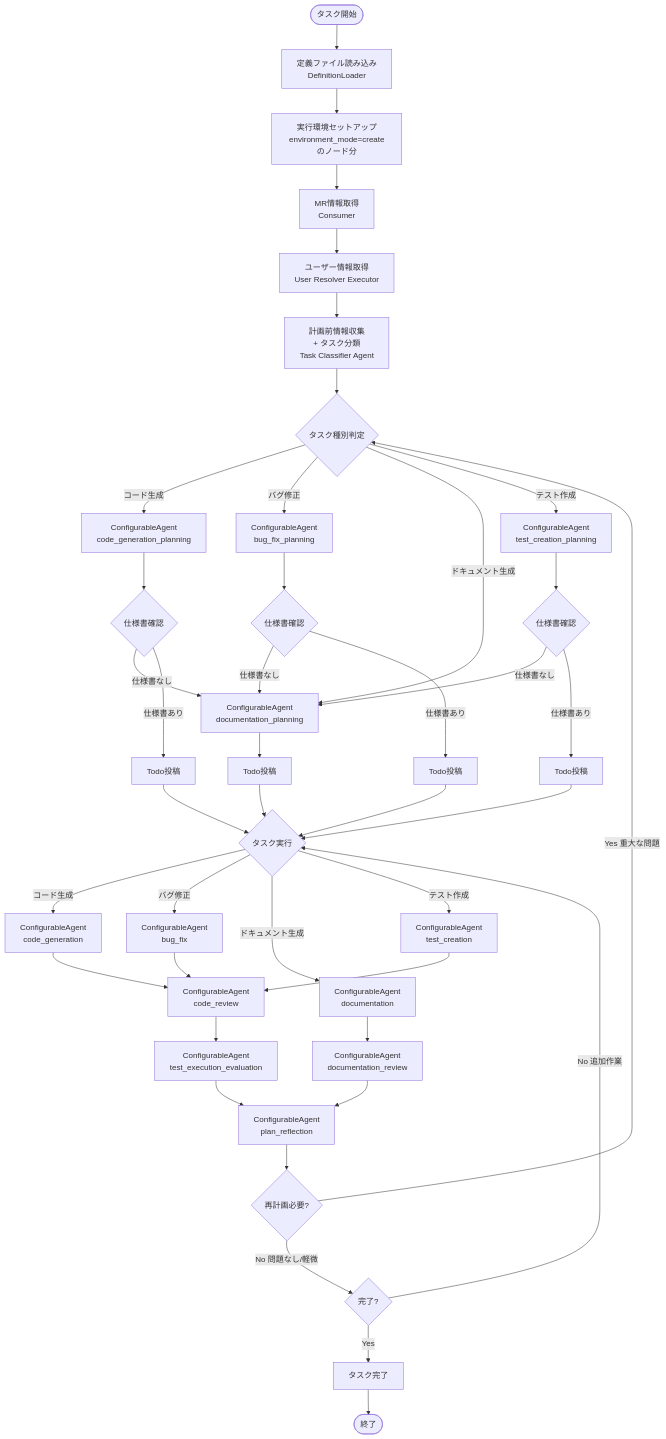
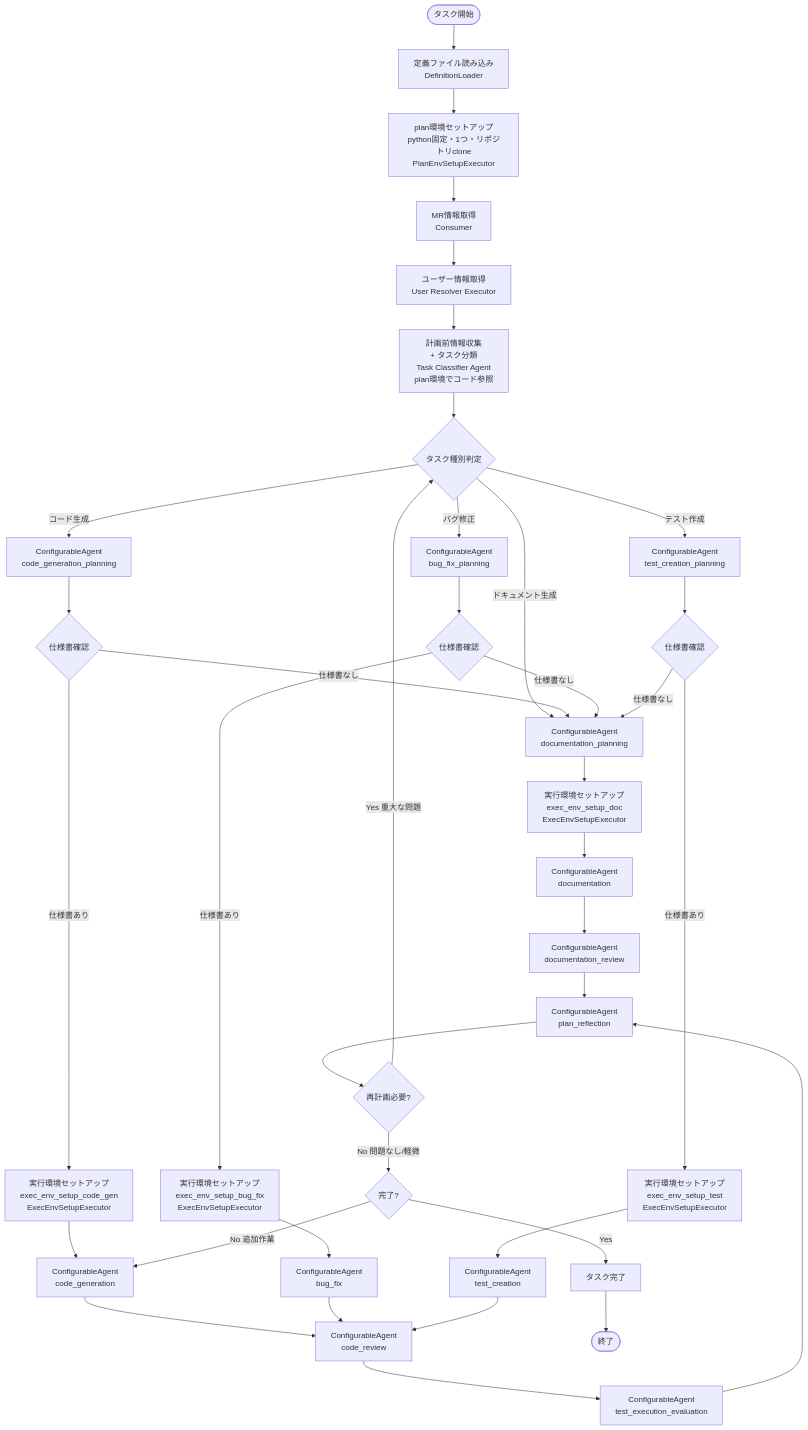
One commit to notfolder/AutomataCodex changed the first of 7 diagrams in docs/STANDARD_MR_PROCESSING_FLOW.md. Above: the diagram before and after it, drawn with Mermaid. The commit also changed other lines of this file and 6 other files, not shown here.

First line of the commit message:
Refactor MR processing flow and environment setup

````diff
--- a/docs/STANDARD_MR_PROCESSING_FLOW.md
+++ b/docs/STANDARD_MR_PROCESSING_FLOW.md
@@ -89,58 +89,51 @@
 ```mermaid
 flowchart TD
     Start([タスク開始]) --> LoadDef[定義ファイル読み込み<br/>DefinitionLoader]
-    LoadDef --> SetupEnv[実行環境セットアップ<br/>environment_mode=createのノード分]
-    SetupEnv --> Fetch[MR情報取得<br/>Consumer]
+    LoadDef --> PlanEnvSetup[plan環境セットアップ<br/>python固定・1つ・リポジトリclone<br/>PlanEnvSetupExecutor]
+    PlanEnvSetup --> Fetch[MR情報取得<br/>Consumer]
     Fetch --> UserResolve[ユーザー情報取得<br/>User Resolver Executor]
-    UserResolve --> PrePlanning[計画前情報収集<br/>+ タスク分類<br/>Task Classifier Agent]
-    
+    UserResolve --> PrePlanning[計画前情報収集<br/>+ タスク分類<br/>Task Classifier Agent<br/>plan環境でコード参照]
     PrePlanning --> TaskType{タスク種別判定}
     
     TaskType -->|コード生成| CodeGenPlanning[ConfigurableAgent<br/>code_generation_planning]
     TaskType -->|バグ修正| BugFixPlanning[ConfigurableAgent<br/>bug_fix_planning]
     TaskType -->|ドキュメント生成| DocPlanning[ConfigurableAgent<br/>documentation_planning]
     TaskType -->|テスト作成| TestPlanning[ConfigurableAgent<br/>test_creation_planning]
     
     CodeGenPlanning --> CodeGenSpec{仕様書確認}
     CodeGenSpec -->|仕様書なし| DocPlanning
-    CodeGenSpec -->|仕様書あり| CodeGenTodo[Todo投稿]
+    CodeGenSpec -->|仕様書あり| CodeGenExecEnv[実行環境セットアップ<br/>exec_env_setup_code_gen<br/>ExecEnvSetupExecutor]
     
     BugFixPlanning --> BugFixSpec{仕様書確認}
     BugFixSpec -->|仕様書なし| DocPlanning
-    BugFixSpec -->|仕様書あり| BugFixTodo[Todo投稿]
+    BugFixSpec -->|仕様書あり| BugFixExecEnv[実行環境セットアップ<br/>exec_env_setup_bug_fix<br/>ExecEnvSetupExecutor]
     
     TestPlanning --> TestSpec{仕様書確認}
     TestSpec -->|仕様書なし| DocPlanning
-    TestSpec -->|仕様書あり| TestTodo[Todo投稿]
+    TestSpec -->|仕様書あり| TestExecEnv[実行環境セットアップ<br/>exec_env_setup_test<br/>ExecEnvSetupExecutor]
     
-    DocPlanning --> DocTodo[Todo投稿]
+    DocPlanning --> DocExecEnv[実行環境セットアップ<br/>exec_env_setup_doc<br/>ExecEnvSetupExecutor]
     
-    CodeGenTodo --> Execute
-    BugFixTodo --> Execute
-    TestTodo --> Execute
-    DocTodo --> Execute
-    
-    Execute{タスク実行}
-    Execute -->|コード生成| CodeGen[ConfigurableAgent<br/>code_generation]
-    Execute -->|バグ修正| BugFix[ConfigurableAgent<br/>bug_fix]
-    Execute -->|ドキュメント生成| DocGen[ConfigurableAgent<br/>documentation]
-    Execute -->|テスト作成| TestGen[ConfigurableAgent<br/>test_creation]
+    CodeGenExecEnv --> CodeGen[ConfigurableAgent<br/>code_generation]
+    BugFixExecEnv --> BugFix[ConfigurableAgent<br/>bug_fix]
+    TestExecEnv --> TestGen[ConfigurableAgent<br/>test_creation]
+    DocExecEnv --> DocGen[ConfigurableAgent<br/>documentation]
     
     CodeGen --> CodeReview[ConfigurableAgent<br/>code_review]
     BugFix --> CodeReview
     TestGen --> CodeReview
     DocGen --> DocReview[ConfigurableAgent<br/>documentation_review]
     
     CodeReview --> TestExec[ConfigurableAgent<br/>test_execution_evaluation]
     TestExec --> Reflection[ConfigurableAgent<br/>plan_reflection]
     DocReview --> Reflection
     
     Reflection --> ReplanCheck{再計画必要?}
     ReplanCheck -->|Yes 重大な問題| TaskType
     ReplanCheck -->|No 問題なし/軽微| Complete{完了?}
     
-    Complete -->|No 追加作業| Execute
+    Complete -->|No 追加作業| CodeGen
     Complete -->|Yes| Finish[タスク完了]
     
     Finish --> End([終了])
 ```
````
